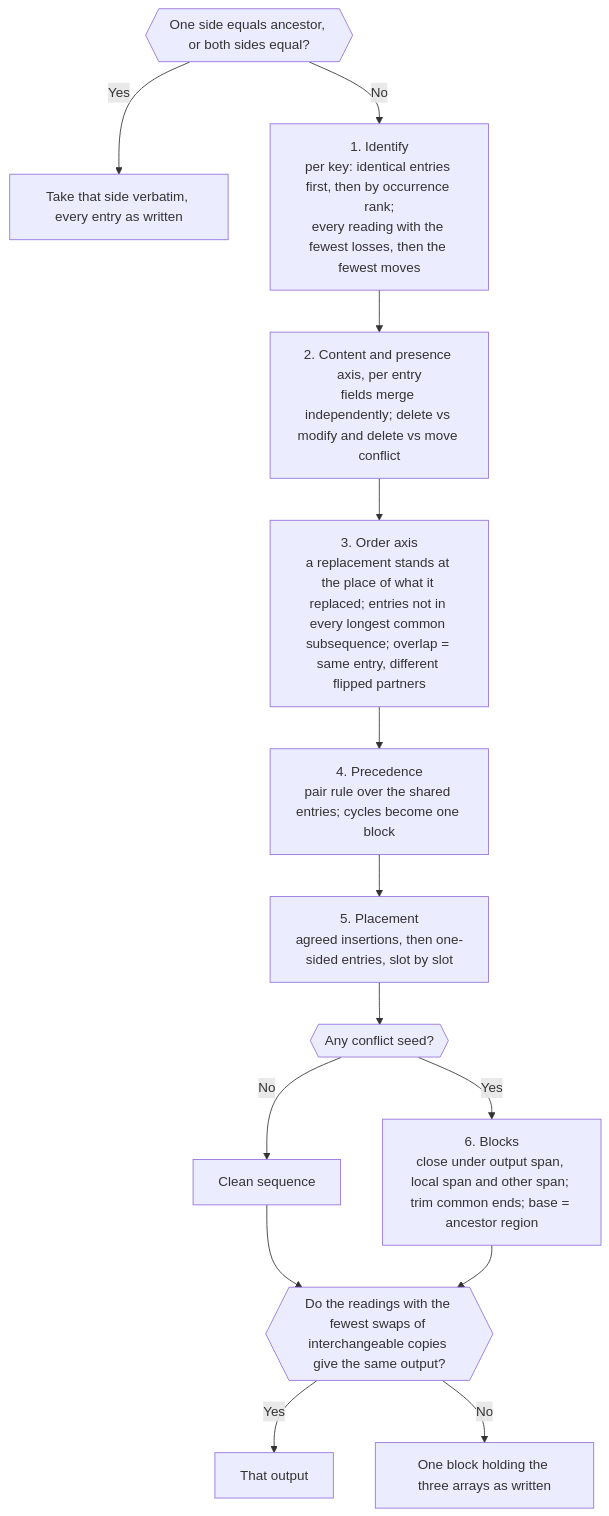
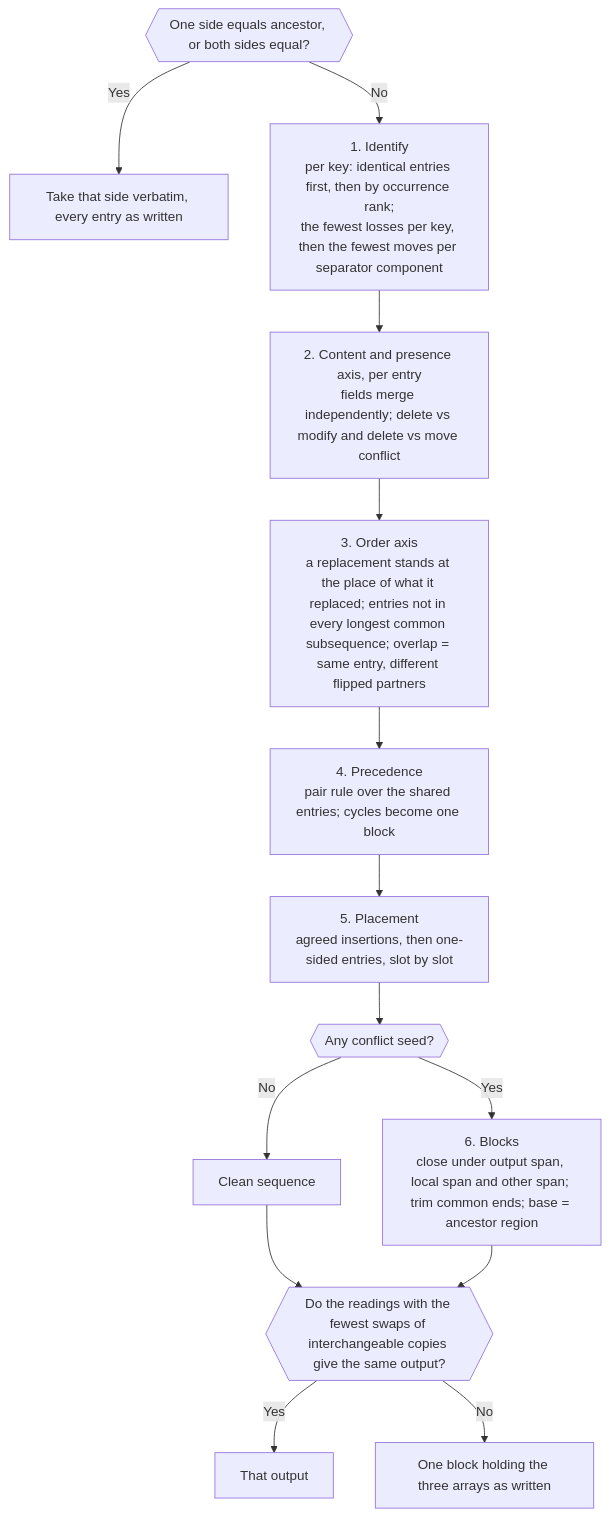
Before and after one commit to scolladon/sf-git-merge-driver: the seventh of 7 diagrams in DESIGN.md, drawn with Mermaid. The commit also changed other lines of this file and 4 other files, not shown here.

Commit message:
perf(merger): select identity readings per component

````diff
--- a/DESIGN.md
+++ b/DESIGN.md
@@ -529,20 +529,20 @@
 ```mermaid
 flowchart TD
     Whole{{"One side equals ancestor, or both sides equal?"}}
     Whole -->|Yes| Take["Take that side verbatim, every entry as written"]
     Whole -->|No| Identify
 
-    Identify["1. Identify<br/>per key: identical entries first, then by occurrence rank;<br/>every reading with the fewest losses, then the fewest moves"]
+    Identify["1. Identify<br/>per key: identical entries first, then by occurrence rank;<br/>the fewest losses per key, then the fewest moves per separator component"]
     Identify --> Content["2. Content and presence axis, per entry<br/>fields merge independently; delete vs modify and delete vs move conflict"]
     Content --> Order["3. Order axis<br/>a replacement stands at the place of what it replaced; entries not in every longest common subsequence; overlap = same entry, different flipped partners"]
     Order --> Precedence["4. Precedence<br/>pair rule over the shared entries; cycles become one block"]
     Precedence --> Placement["5. Placement<br/>agreed insertions, then one-sided entries, slot by slot"]
     Placement --> Seeds{{"Any conflict seed?"}}
     Seeds -->|No| Clean["Clean sequence"]
     Seeds -->|Yes| Blocks["6. Blocks<br/>close under output span, local span and other span; trim common ends; base = ancestor region"]
     Clean --> Readings
     Blocks --> Readings
     Readings{{"Do the readings with the fewest swaps of interchangeable copies give the same output?"}}
     Readings -->|Yes| Out["That output"]
     Readings -->|No| WholeConflict["One block holding the three arrays as written"]
 ```
````
